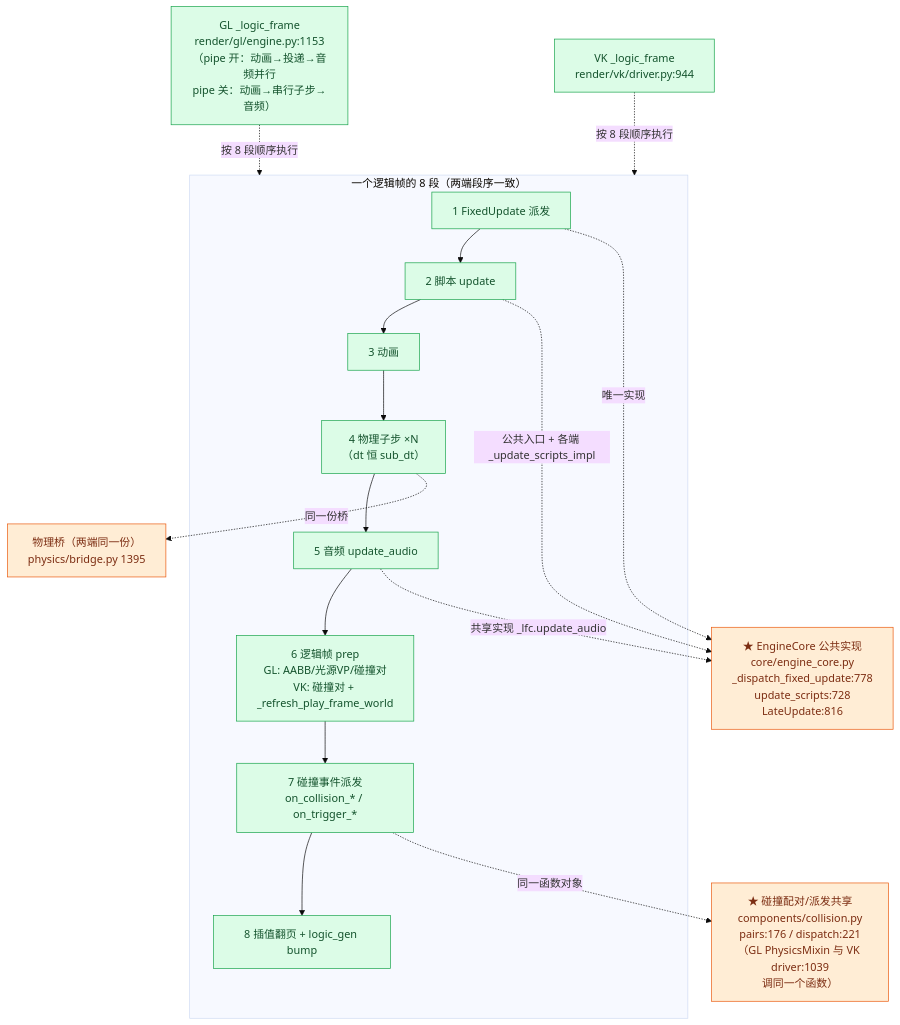
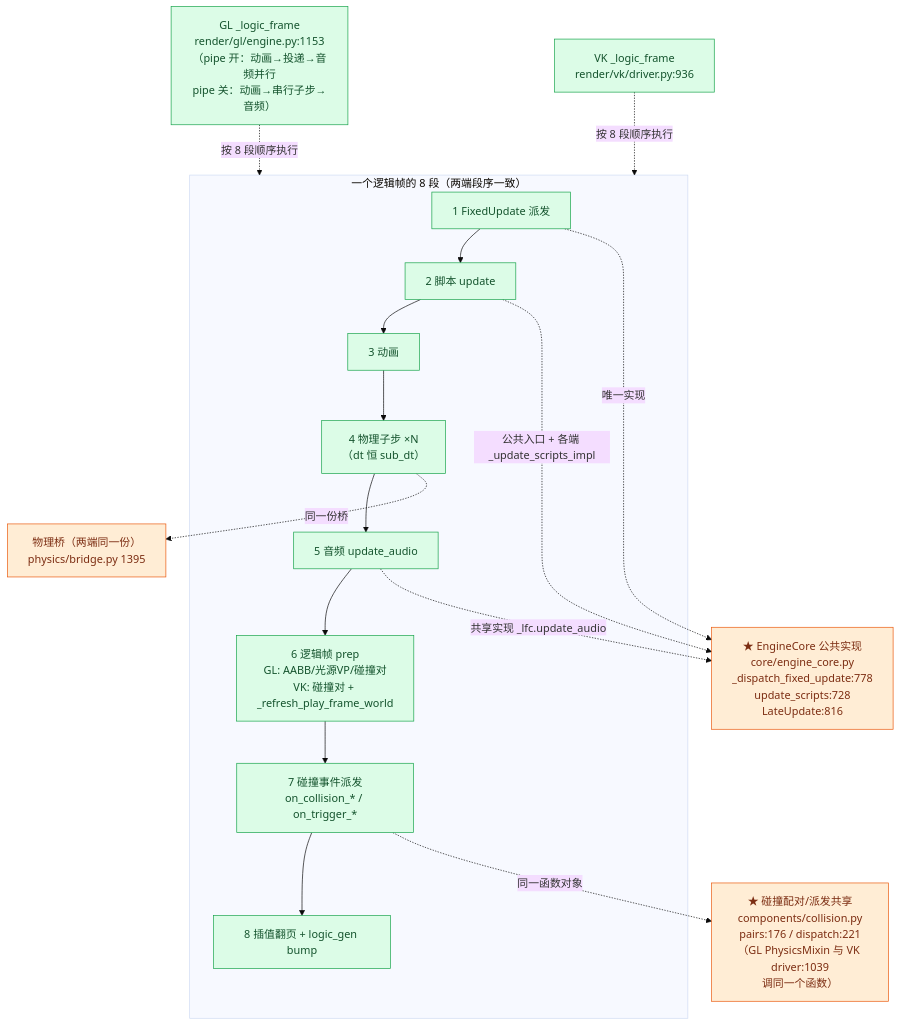
One commit to lhy302/WeaveEngine changed diagram 18 of 23 in ARCHITECTURE.md. Above: the diagram before and after it, drawn with Mermaid (base theme). The commit also changed other lines of this file, not shown here.

Commit message:
B7-56/B7-57 架构图同步: GUI 全量命令化(7dc6c5b/757071e)+相机挂相机(edf1336) 后按实测刷新 图1/2/2a/2b/4/7/8/11/13/15/16/19 + 横幅 e397c11

````diff
--- a/ARCHITECTURE.md
+++ b/ARCHITECTURE.md
@@ -1005,29 +1014,29 @@
 ```mermaid
 flowchart TB
   subgraph SEG["一个逻辑帧的 8 段（两端段序一致）"]
     S1["1 FixedUpdate 派发"]:::ok
     S2["2 脚本 update"]:::ok
     S3["3 动画"]:::ok
     S4["4 物理子步 ×N<br/>（dt 恒 sub_dt）"]:::ok
     S5["5 音频 update_audio"]:::ok
     S6["6 逻辑帧 prep<br/>GL: AABB/光源VP/碰撞对<br/>VK: 碰撞对 + _refresh_play_frame_world"]:::ok
     S7["7 碰撞事件派发<br/>on_collision_* / on_trigger_*"]:::ok
     S8["8 插值翻页 + logic_gen bump"]:::ok
     S1 --> S2 --> S3 --> S4 --> S5 --> S6 --> S7 --> S8
   end
   I1["GL _logic_frame<br/>render/gl/engine.py:1153<br/>（pipe 开：动画→投递→音频并行<br/>pipe 关：动画→串行子步→音频）"]:::impl
-  I2["VK _logic_frame<br/>render/vk/driver.py:944"]:::impl
+  I2["VK _logic_frame<br/>render/vk/driver.py:936"]:::impl
   I3["★ EngineCore 公共实现<br/>core/engine_core.py<br/>_dispatch_fixed_update:778<br/>update_scripts:728<br/>LateUpdate:816"]:::contract
   I4["★ 碰撞配对/派发共享<br/>components/collision.py<br/>pairs:176 / dispatch:221<br/>（GL PhysicsMixin 与 VK driver:1039<br/>调同一个函数）"]:::contract
   I5["物理桥（两端同一份）<br/>physics/bridge.py 1395"]:::contract
   I1 -.->|按 8 段顺序执行| SEG
   I2 -.->|按 8 段顺序执行| SEG
   S1 -.->|唯一实现| I3
   S2 -.->|公共入口 + 各端 _update_scripts_impl| I3
   S5 -.->|共享实现 _lfc.update_audio| I3
   S7 -.->|同一函数对象| I4
   S4 -.->|同一份桥| I5
   classDef ok fill:#dcfce7,stroke:#16a34a,color:#14532d
   classDef impl fill:#dcfce7,stroke:#16a34a,color:#14532d
   classDef contract fill:#ffedd5,stroke:#ea580c,color:#7c2d12
 ```
````
